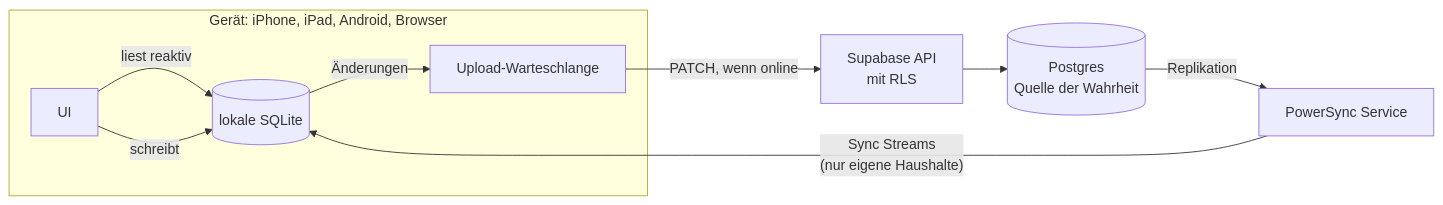
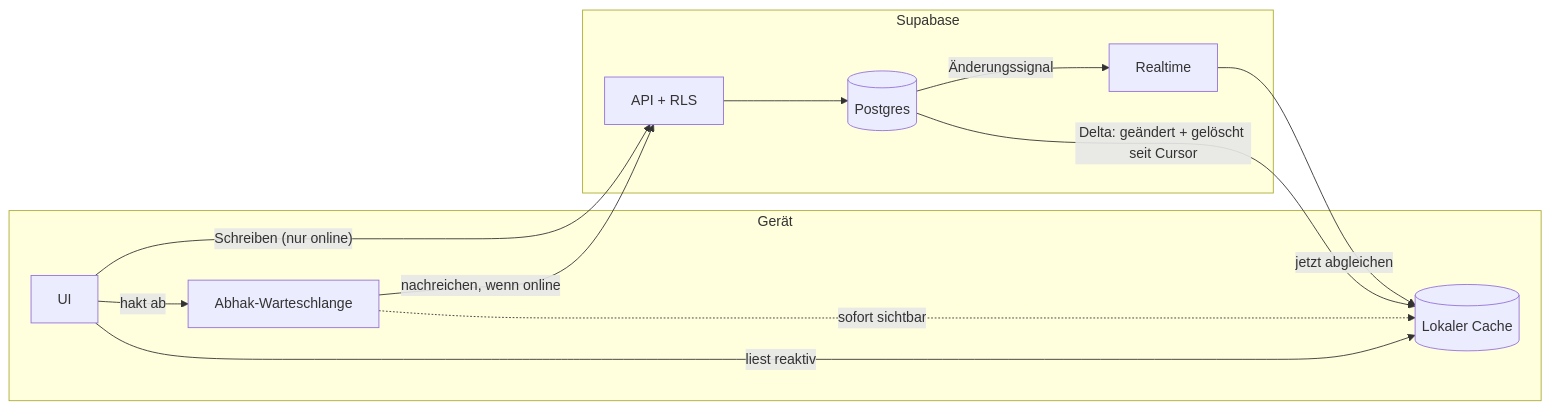
One commit to enricogoerlitz/housekeeping-app changed the diagram in docs/architecture/sync.md. Above: the diagram before and after it, drawn with Mermaid. The commit also changed other lines of this file and 48 other files, not shown here.

First line of the commit message:
docs: replace PowerSync with own delta sync (ADR-0008)

````diff
--- a/docs/architecture/sync.md
+++ b/docs/architecture/sync.md
@@ -20,12 +20,18 @@
 ```mermaid
 flowchart LR
-  subgraph Geraet[Gerät: iPhone, iPad, Android, Browser]
-    UI[UI] -- liest reaktiv --> DB[(lokale SQLite)]
-    UI -- schreibt --> DB
-    DB -- Änderungen --> Q[Upload-Warteschlange]
+  subgraph Geraet[Gerät]
+    UI[UI] -- liest reaktiv --> C[(Lokaler Cache)]
+    UI -- hakt ab --> Q[Abhak-Warteschlange]
+    Q -. sofort sichtbar .-> C
   end
-  Q -- "PATCH, wenn online" --> API[Supabase API<br/>mit RLS]
-  API --> PG[(Postgres<br/>Quelle der Wahrheit)]
-  PG -- Replikation --> PS[PowerSync Service]
-  PS -- "Sync Streams<br/>(nur eigene Haushalte)" --> DB
+  subgraph SB[Supabase]
+    API[API + RLS]
+    PG[(Postgres)]
+    RT[Realtime]
+  end
+  UI -- "Schreiben (nur online)" --> API
+  Q -- "nachreichen, wenn online" --> API
+  API --> PG
+  PG -- "Delta: geändert + gelöscht seit Cursor" --> C
+  PG -- Änderungssignal --> RT -- "jetzt abgleichen" --> C
 ```
````
